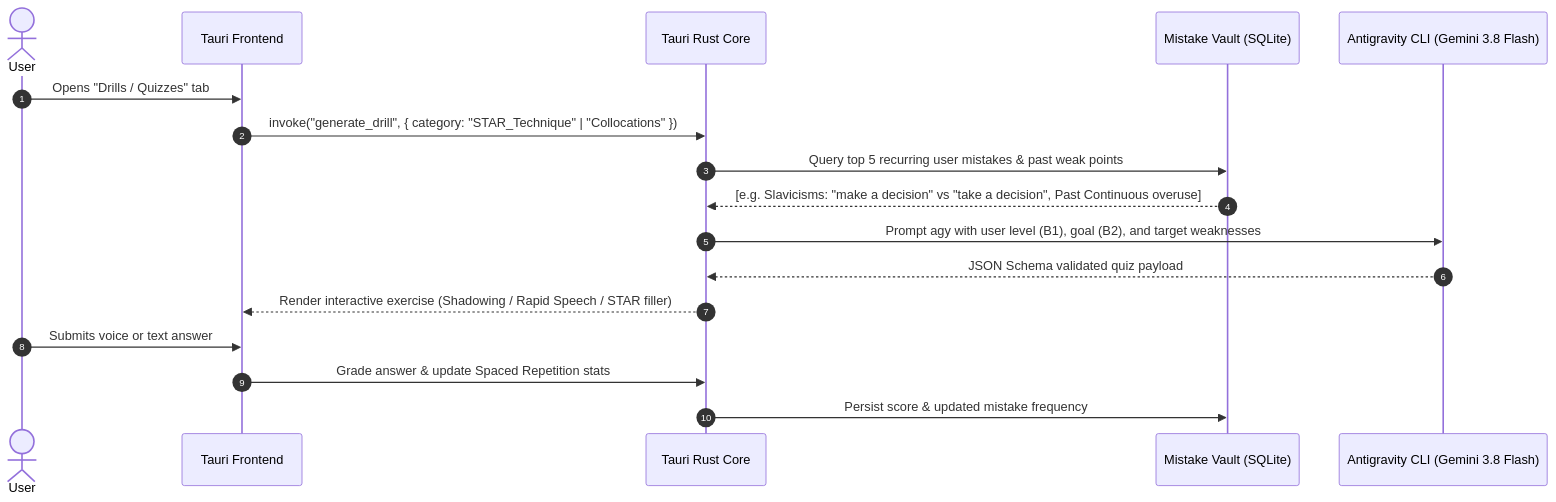
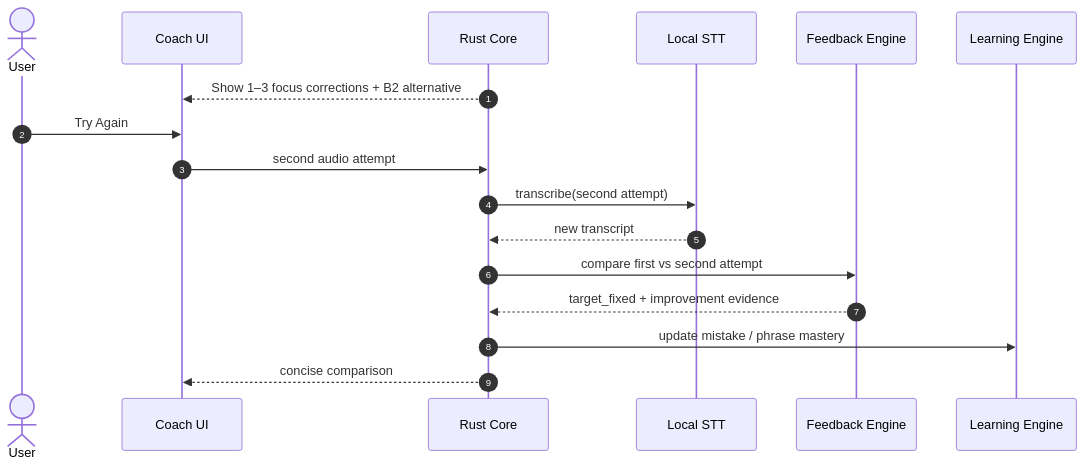
One commit to oleksii-latyshev/english-trainer changed the second of 3 diagrams in docs/ARCHITECTURE.md. Above: the diagram before and after it, drawn with Mermaid. The commit also changed other lines of this file and 4 other files, not shown here.

First line of the commit message:
docs: update development roadmap and technical requirements for English Trainer

````diff
--- a/docs/ARCHITECTURE.md
+++ b/docs/ARCHITECTURE.md
@@ -99,20 +313,20 @@
 ```mermaid
 sequenceDiagram
     autonumber
     actor User
-    participant UI as Tauri Frontend
-    participant Rust as Tauri Rust Core
-    participant Vault as Mistake Vault (SQLite)
-    participant AGY as Antigravity CLI (Gemini 3.8 Flash)
+    participant UI as Coach UI
+    participant Rust as Rust Core
+    participant STT as Local STT
+    participant Eval as Feedback Engine
+    participant Learn as Learning Engine
 
-    User->>UI: Opens "Drills / Quizzes" tab
-    UI->>Rust: invoke("generate_drill", { category: "STAR_Technique" | "Collocations" })
-    Rust->>Vault: Query top 5 recurring user mistakes & past weak points
-    Vault-->>Rust: [e.g. Slavicisms: "make a decision" vs "take a decision", Past Continuous overuse]
-    Rust->>AGY: Prompt agy with user level (B1), goal (B2), and target weaknesses
-    AGY-->>Rust: JSON Schema validated quiz payload
-    Rust-->>UI: Render interactive exercise (Shadowing / Rapid Speech / STAR filler)
-    User->>UI: Submits voice or text answer
-    UI->>Rust: Grade answer & update Spaced Repetition stats
-    Rust->>Vault: Persist score & updated mistake frequency
+    Rust-->>UI: Show 1–3 focus corrections + B2 alternative
+    User->>UI: Try Again
+    UI->>Rust: second audio attempt
+    Rust->>STT: transcribe(second attempt)
+    STT-->>Rust: new transcript
+    Rust->>Eval: compare first vs second attempt
+    Eval-->>Rust: target_fixed + improvement evidence
+    Rust->>Learn: update mistake / phrase mastery
+    Rust-->>UI: concise comparison
 ```
````
